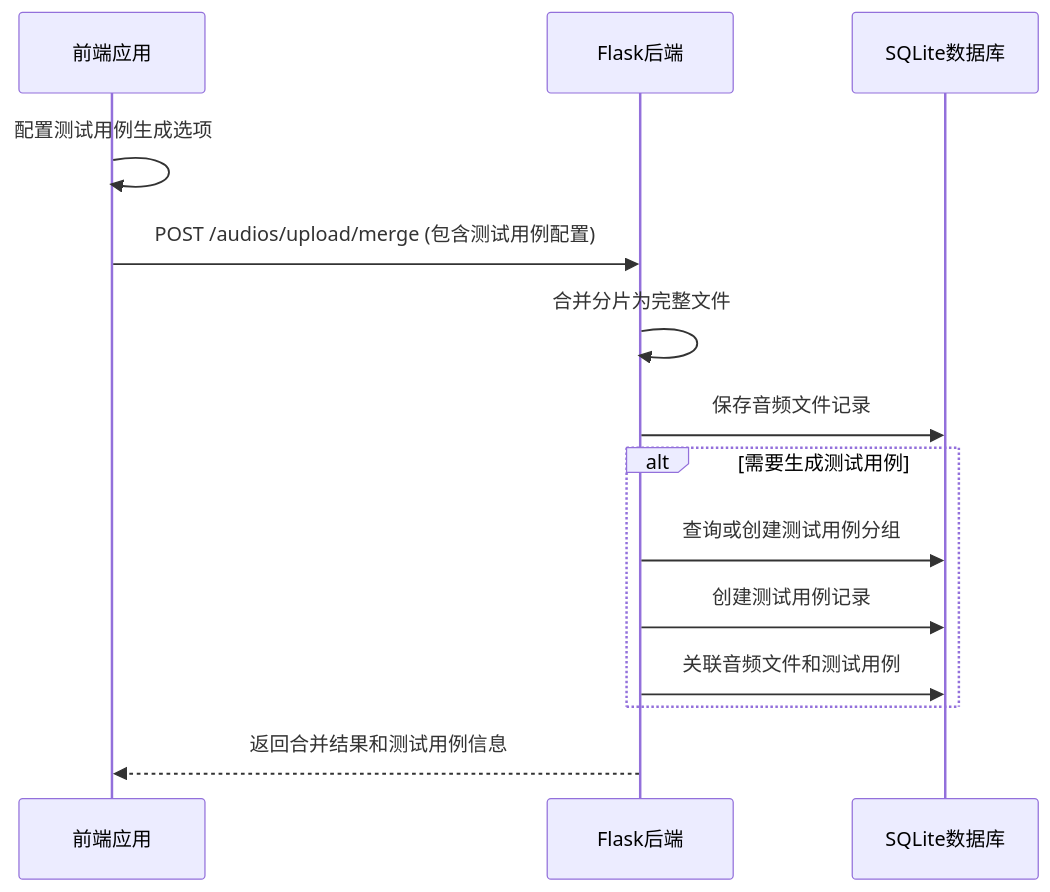
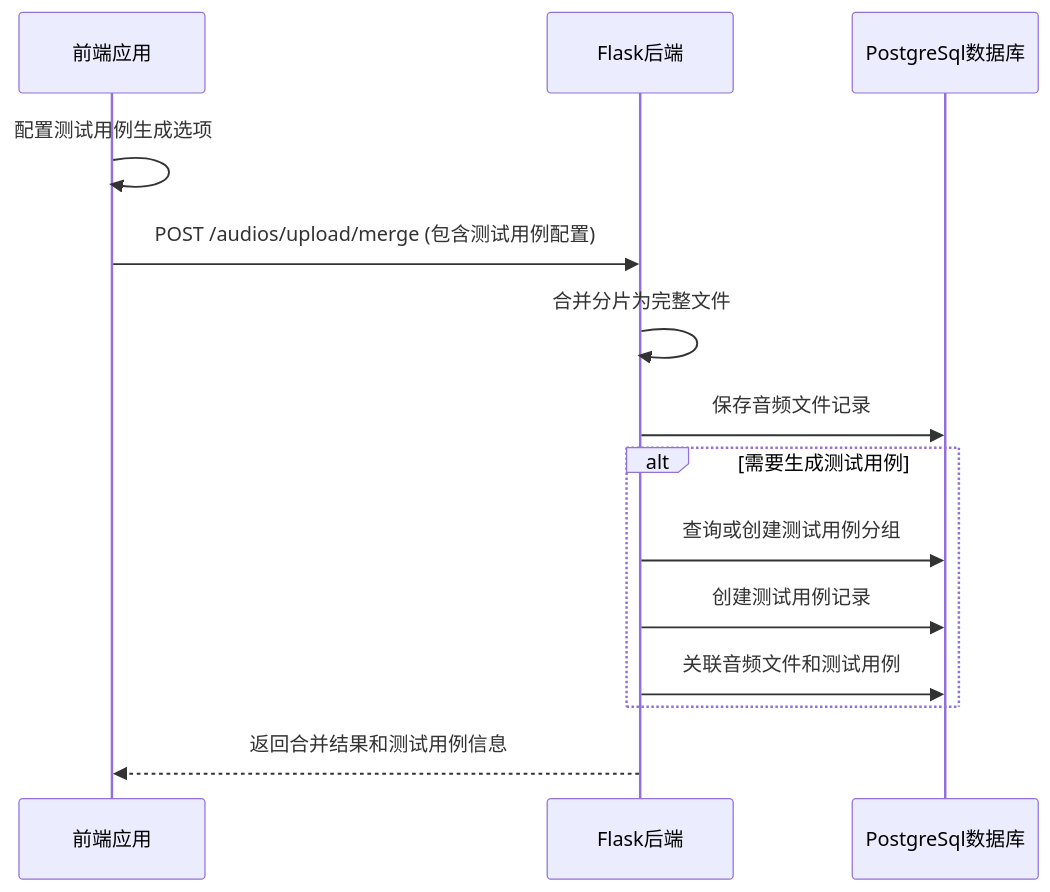
Before and after one commit to ydz-auto/intelligent_audio_test: the third of 3 diagrams in Intelligent-Audio-TEST/doc/功能设计文档/03_音频处理/音频文件上传系统完整方案.md, drawn with Mermaid. The commit also changed other lines of this file and 102 other files, not shown here.

````diff
--- a/Intelligent-Audio-TEST/doc/功能设计文档/03_音频处理/音频文件上传系统完整方案.md
+++ b/Intelligent-Audio-TEST/doc/功能设计文档/03_音频处理/音频文件上传系统完整方案.md
@@ -166,17 +166,17 @@
 ```mermaid
 sequenceDiagram
     participant 前端 as 前端应用
     participant 后端 as Flask后端
-    participant 数据库 as SQLite数据库
+    participant 数据库 as PostgreSql数据库
     
     前端->>前端: 配置测试用例生成选项
     前端->>后端: POST /audios/upload/merge (包含测试用例配置)
     后端->>后端: 合并分片为完整文件
     后端->>数据库: 保存音频文件记录
     alt 需要生成测试用例
         后端->>数据库: 查询或创建测试用例分组
         后端->>数据库: 创建测试用例记录
         后端->>数据库: 关联音频文件和测试用例
     end
     后端-->>前端: 返回合并结果和测试用例信息
 ```
````
